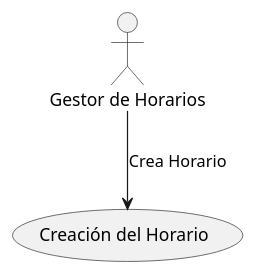
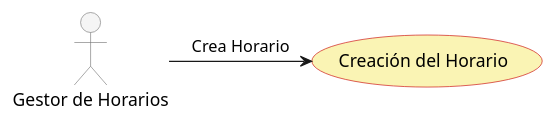
Before and after one commit to FernandoWilliam26/23-24-IdSw1-SDR: the diagram in Casos de Uso/Creacion del horario.puml, drawn with PlantUML. The commit also changed 1 other file, not shown here.

```diff
--- a/Casos de Uso/Creacion del horario.puml
+++ b/Casos de Uso/Creacion del horario.puml
@@ -1,5 +1,18 @@
 @startuml
-actor "Gestor de Horarios" as A
-usecase "Creación del Horario" as UC3
-A --> UC3 : Crea Horario
+
+skinparam usecase {
+  BackgroundColor #faf4b4
+  BorderColor #c90000
+}
+
+skinparam actor {
+  BackgroundColor #f5f5f5
+  BorderColor #757575
+}
+
+actor "Gestor de Horarios" as Gestor
+usecase "Creación del Horario" as Creacion
+
+Gestor -right-> Creacion : Crea Horario
+
 @enduml
```
